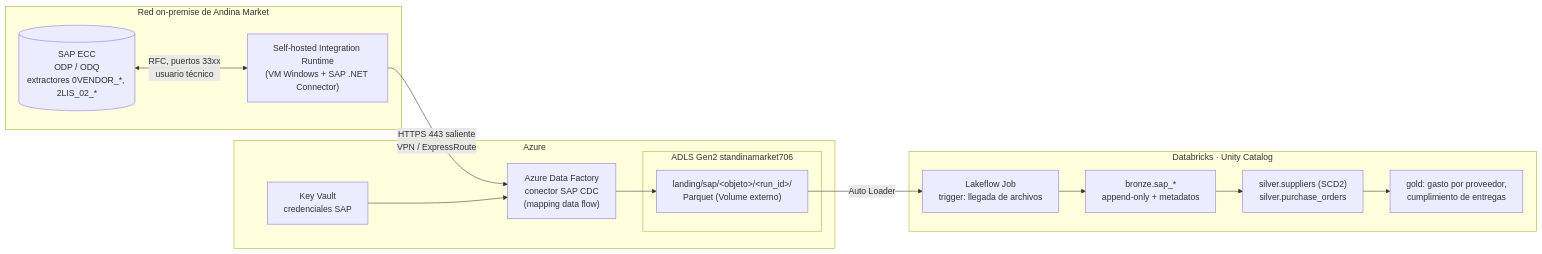
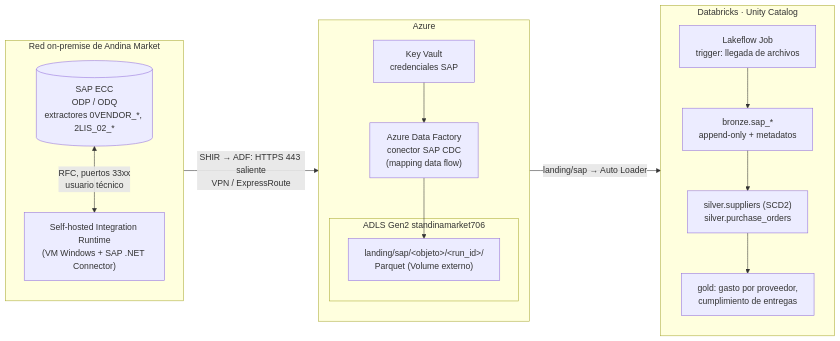
Before and after one commit to richardyony/andina-market: the diagram in docs/diseno_sap.md, drawn with Mermaid. The commit also changed 3 other files, not shown here.

First line of the commit message:
Decisiones D-32 a D-34 y diagramas del nivel 1 en PNG

````diff
--- a/docs/diseno_sap.md
+++ b/docs/diseno_sap.md
@@ -18,28 +18,31 @@
 ```mermaid
 flowchart LR
     subgraph ONPREM["Red on-premise de Andina Market"]
+        direction TB
         SAP[("SAP ECC<br/>ODP / ODQ<br/>extractores 0VENDOR_*, 2LIS_02_*")]
         SHIR["Self-hosted Integration Runtime<br/>(VM Windows + SAP .NET Connector)"]
         SAP <-->|RFC, puertos 33xx<br/>usuario técnico| SHIR
     end
 
     subgraph AZURE["Azure"]
+        direction TB
         KV["Key Vault<br/>credenciales SAP"]
         ADF["Azure Data Factory<br/>conector SAP CDC<br/>(mapping data flow)"]
         subgraph ADLS["ADLS Gen2 standinamarket706"]
             LS["landing/sap/&lt;objeto&gt;/&lt;run_id&gt;/<br/>Parquet (Volume externo)"]
         end
+        KV --> ADF --> LS
     end
 
     subgraph DBX["Databricks · Unity Catalog"]
+        direction TB
         JOB["Lakeflow Job<br/>trigger: llegada de archivos"]
         BR["bronze.sap_*<br/>append-only + metadatos"]
         SV["silver.suppliers (SCD2)<br/>silver.purchase_orders"]
         GD["gold: gasto por proveedor,<br/>cumplimiento de entregas"]
+        JOB --> BR --> SV --> GD
     end
 
-    SHIR -->|HTTPS 443 saliente<br/>VPN / ExpressRoute| ADF
-    KV --> ADF
-    ADF --> LS
-    LS -->|Auto Loader| JOB --> BR --> SV --> GD
+    ONPREM -->|"SHIR → ADF: HTTPS 443 saliente<br/>VPN / ExpressRoute"| AZURE
+    AZURE -->|"landing/sap → Auto Loader"| DBX
 ```
````
